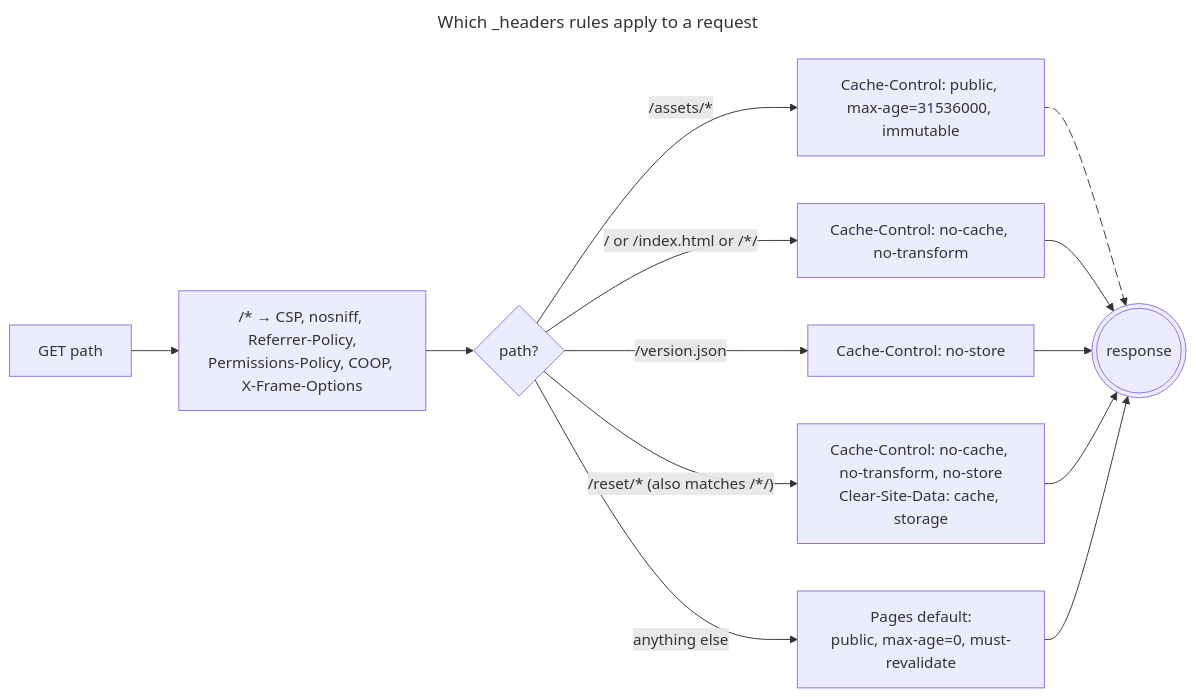
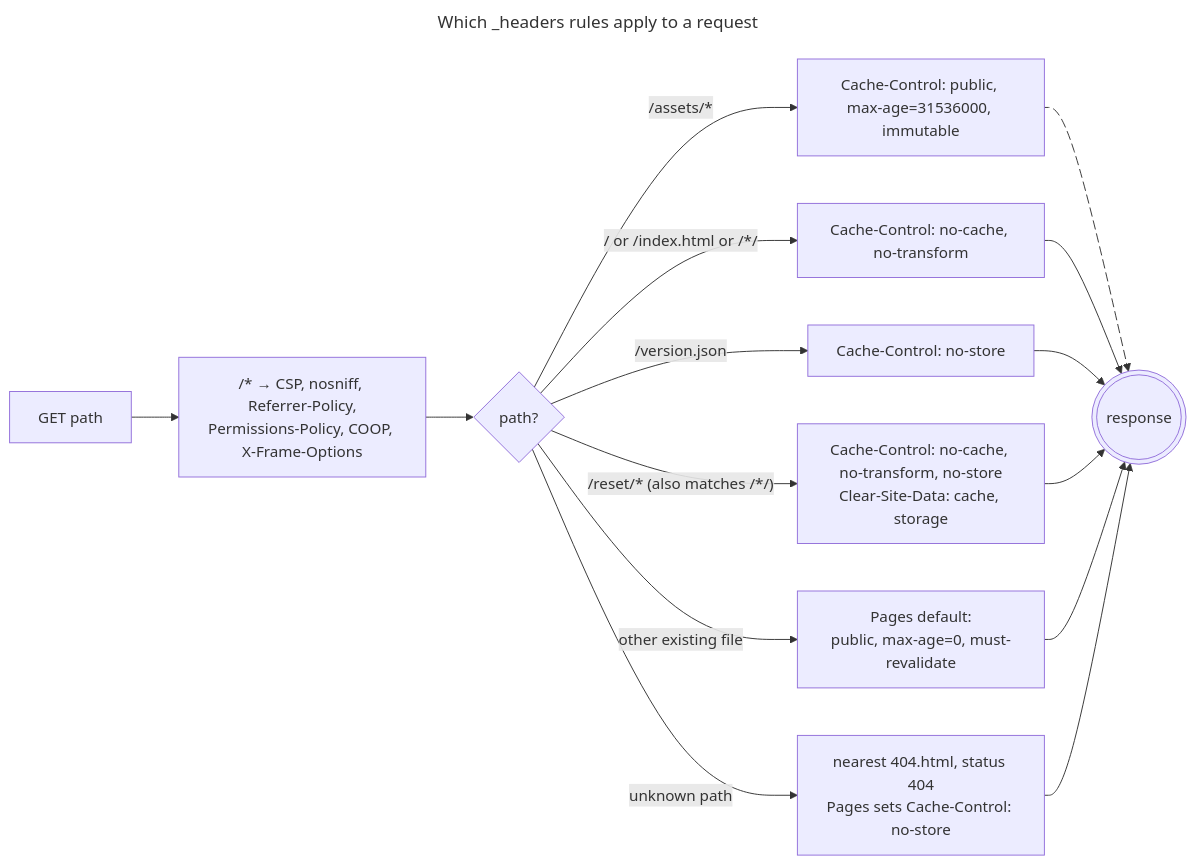
One commit to VinylStage/trex_vs_tiger_sim changed the second of 2 diagrams in docs/DEPLOYMENT.md. Above: the diagram before and after it, drawn with Mermaid. The commit also changed other lines of this file and 56 other files, not shown here.

````diff
--- a/docs/DEPLOYMENT.md
+++ b/docs/DEPLOYMENT.md
@@ -204,22 +208,24 @@
 ```mermaid
 ---
 title: Which _headers rules apply to a request
 config:
   flowchart:
     curve: basis
 ---
 flowchart LR
     req@{ shape: rect, label: "GET path" } --> all@{ shape: rect, label: "/* → CSP, nosniff, Referrer-Policy,<br/>Permissions-Policy, COOP, X-Frame-Options" }
     all --> q{"path?"}
     q -- "/assets/*" --> imm@{ shape: rect, label: "Cache-Control: public, max-age=31536000, immutable" }
     q -- "/ or /index.html or /*/" --> nc@{ shape: rect, label: "Cache-Control: no-cache, no-transform" }
     q -- "/version.json" --> vj@{ shape: rect, label: "Cache-Control: no-store" }
     q -- "/reset/* (also matches /*/)" --> rs@{ shape: rect, label: "Cache-Control: no-cache, no-transform, no-store<br/>Clear-Site-Data: cache, storage" }
-    q -- "anything else" --> def@{ shape: rect, label: "Pages default:<br/>public, max-age=0, must-revalidate" }
+    q -- "other existing file" --> def@{ shape: rect, label: "Pages default:<br/>public, max-age=0, must-revalidate" }
+    q -- "unknown path" --> nf@{ shape: rect, label: "nearest 404.html, status 404<br/>Pages sets Cache-Control: no-store" }
     imm e1@--> resp@{ shape: dbl-circ, label: "response" }
     nc --> resp
     vj --> resp
     rs --> resp
     def --> resp
+    nf --> resp
     e1@{ animate: true }
 ```
````
